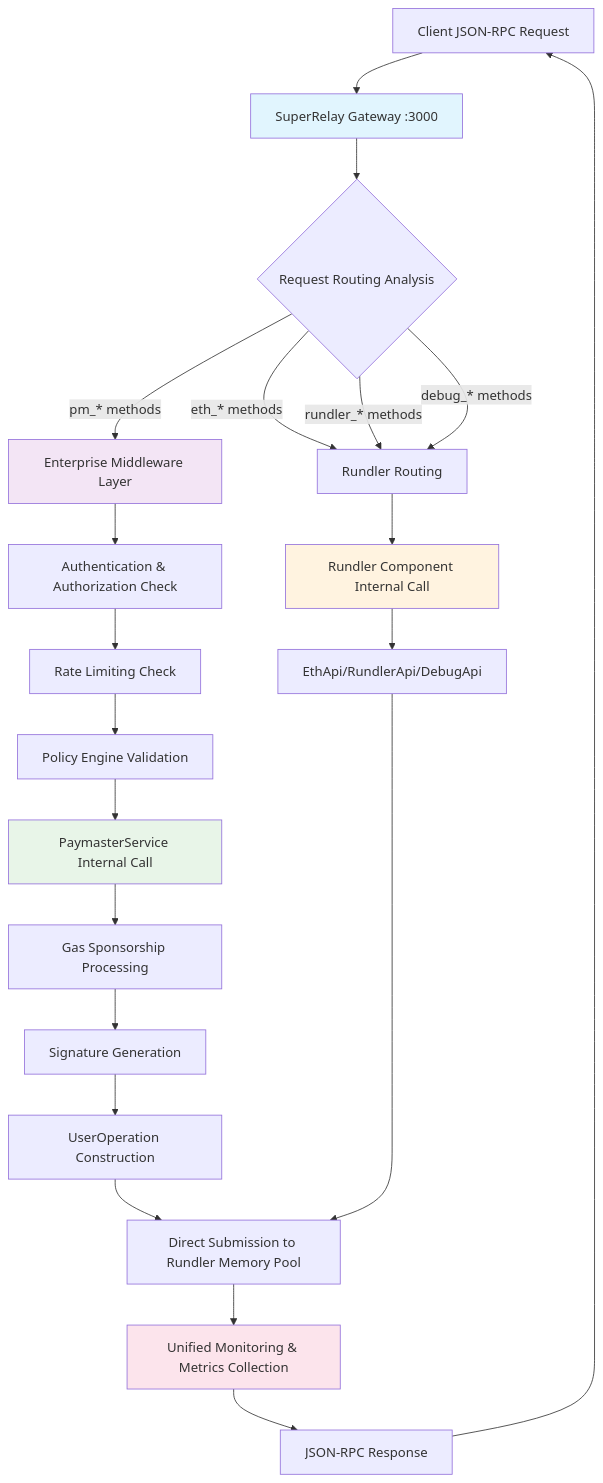
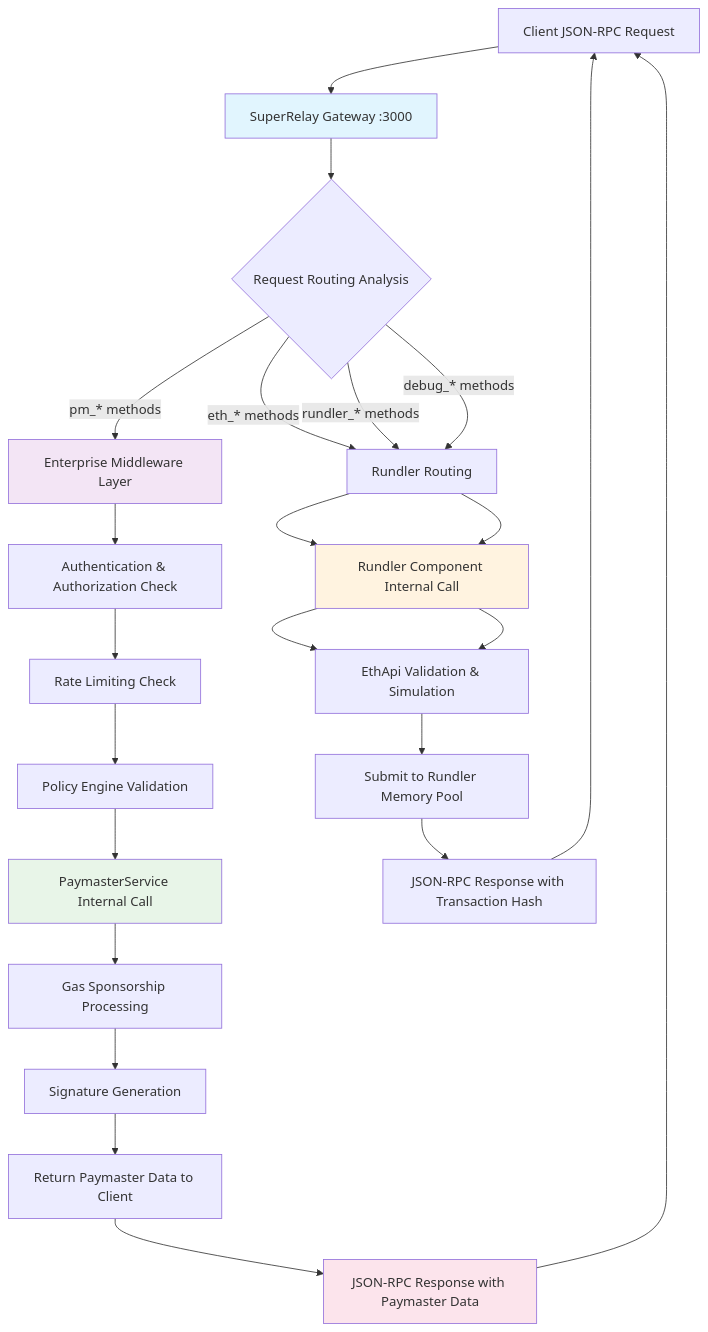
The diagram in README.md (AAStarCommunity/SuperRelay), drawn with Mermaid before and after one commit. The commit also changed other lines of this file and 17 other files, not shown here.

````diff
--- a/README.md
+++ b/README.md
@@ -19,34 +19,37 @@
 ```mermaid
 graph TD
     A[Client JSON-RPC Request] --> B[SuperRelay Gateway :3000]
     B --> C{Request Routing Analysis}
-    
+
     C -->|pm_* methods| D[Enterprise Middleware Layer]
     C -->|eth_* methods| H[Rundler Routing]
     C -->|rundler_* methods| H
     C -->|debug_* methods| H
-    
+
     D --> E[Authentication & Authorization Check]
     E --> F[Rate Limiting Check]
     F --> G[Policy Engine Validation]
     G --> I[PaymasterService Internal Call]
-    
+
     H --> J[Rundler Component Internal Call]
     J --> K[EthApi/RundlerApi/DebugApi]
-    
+
     I --> L[Gas Sponsorship Processing]
     L --> M[Signature Generation]
-    M --> N[UserOperation Construction]
-    
-    N --> O[Direct Submission to Rundler Memory Pool]
-    K --> O
-    O --> P[Unified Monitoring & Metrics Collection]
-    P --> Q[JSON-RPC Response]
+    M --> N[Return Paymaster Data to Client]
+
+    H --> J[Rundler Component Internal Call]
+    J --> K[EthApi Validation & Simulation]
+    K --> O[Submit to Rundler Memory Pool]
+
+    N --> P[JSON-RPC Response with Paymaster Data]
+    O --> Q[JSON-RPC Response with Transaction Hash]
+    P --> A
     Q --> A
-    
+
     style B fill:#e1f5fe
     style D fill:#f3e5f5
     style I fill:#e8f5e8
     style J fill:#fff3e0
     style P fill:#fce4ec
 ```
````
